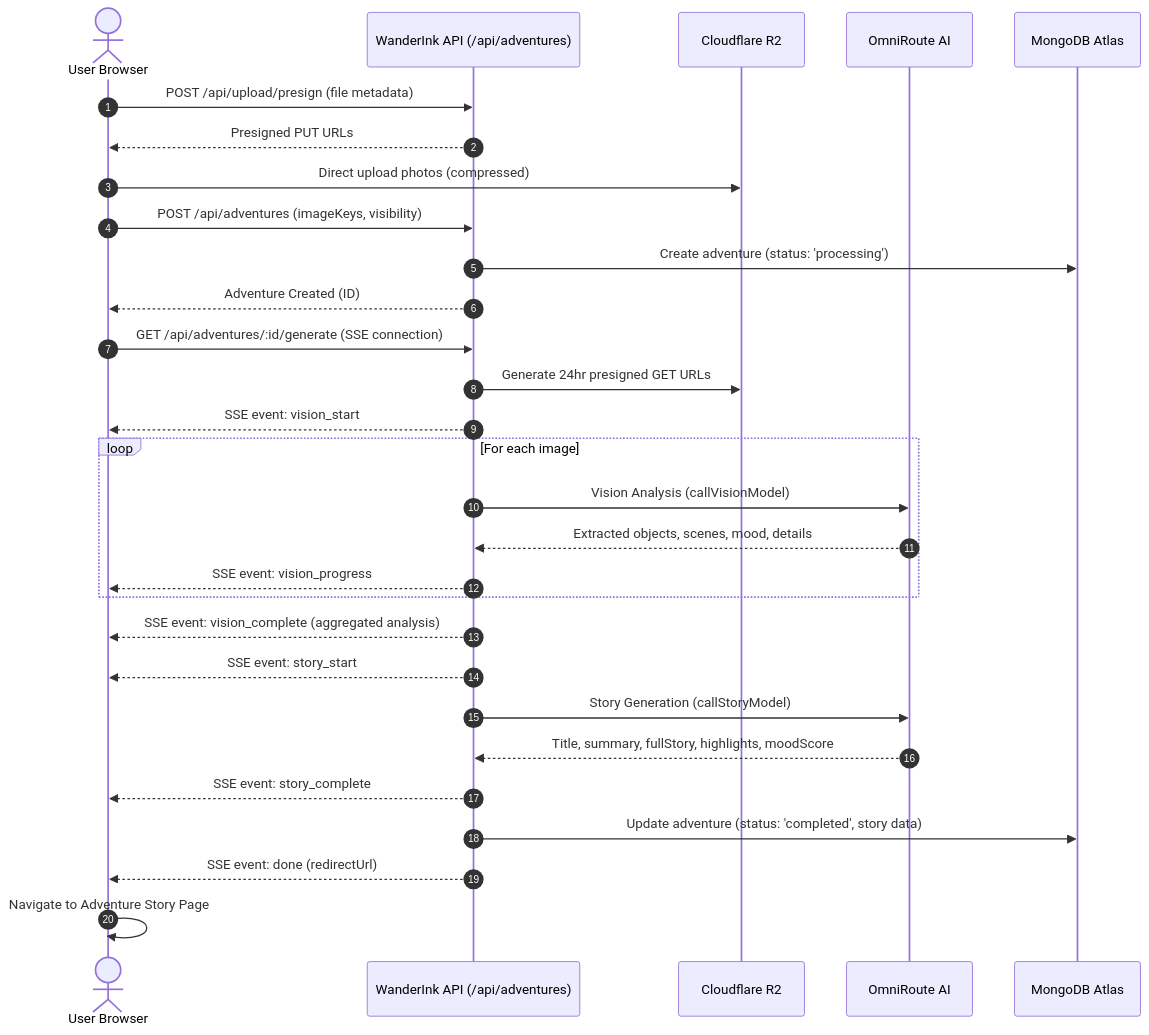
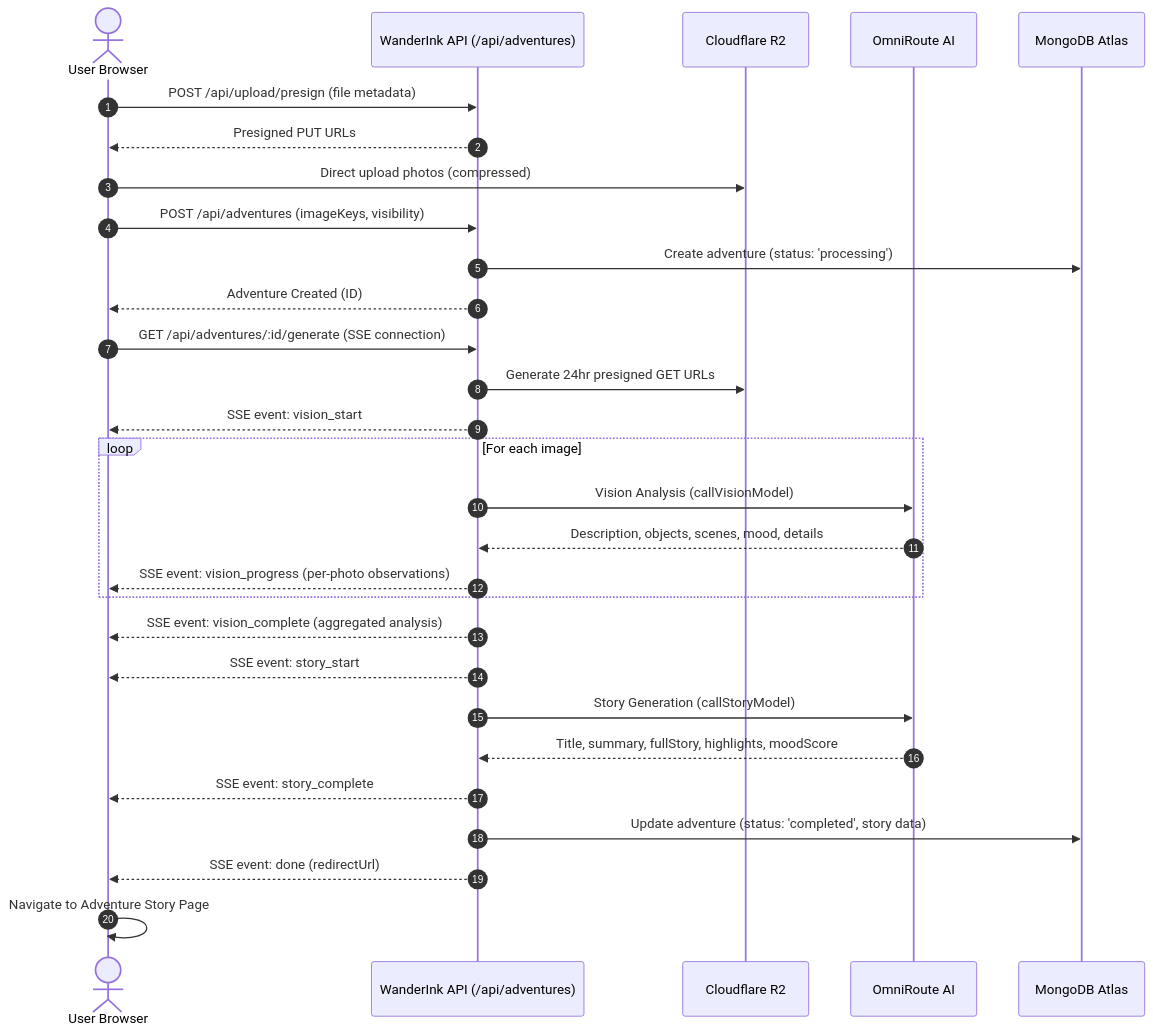
Before and after one commit to CodesWithSubham/wanderink: the second of 2 diagrams in README.md, drawn with Mermaid. The commit also changed other lines of this file and 10 other files, not shown here.

First line of the commit message:
fix(generation): stop truncated stories and surface per-photo AI insights

````diff
--- a/README.md
+++ b/README.md
@@ -97,35 +97,35 @@
 ```mermaid
 sequenceDiagram
     autonumber
     actor User as User Browser
     participant API as WanderInk API (/api/adventures)
     participant R2 as Cloudflare R2
     participant AI as OmniRoute AI
     participant DB as MongoDB Atlas
 
     User->>API: POST /api/upload/presign (file metadata)
     API-->>User: Presigned PUT URLs
     User->>R2: Direct upload photos (compressed)
     User->>API: POST /api/adventures (imageKeys, visibility)
     API->>DB: Create adventure (status: 'processing')
     API-->>User: Adventure Created (ID)
 
     User->>API: GET /api/adventures/:id/generate (SSE connection)
     API->>R2: Generate 24hr presigned GET URLs
     API-->>User: SSE event: vision_start
     loop For each image
         API->>AI: Vision Analysis (callVisionModel)
-        AI-->>API: Extracted objects, scenes, mood, details
-        API-->>User: SSE event: vision_progress
+        AI-->>API: Description, objects, scenes, mood, details
+        API-->>User: SSE event: vision_progress (per-photo observations)
     end
     API-->>User: SSE event: vision_complete (aggregated analysis)
 
     API-->>User: SSE event: story_start
     API->>AI: Story Generation (callStoryModel)
     AI-->>API: Title, summary, fullStory, highlights, moodScore
     API-->>User: SSE event: story_complete
 
     API->>DB: Update adventure (status: 'completed', story data)
     API-->>User: SSE event: done (redirectUrl)
     User->>User: Navigate to Adventure Story Page
 ```
````
